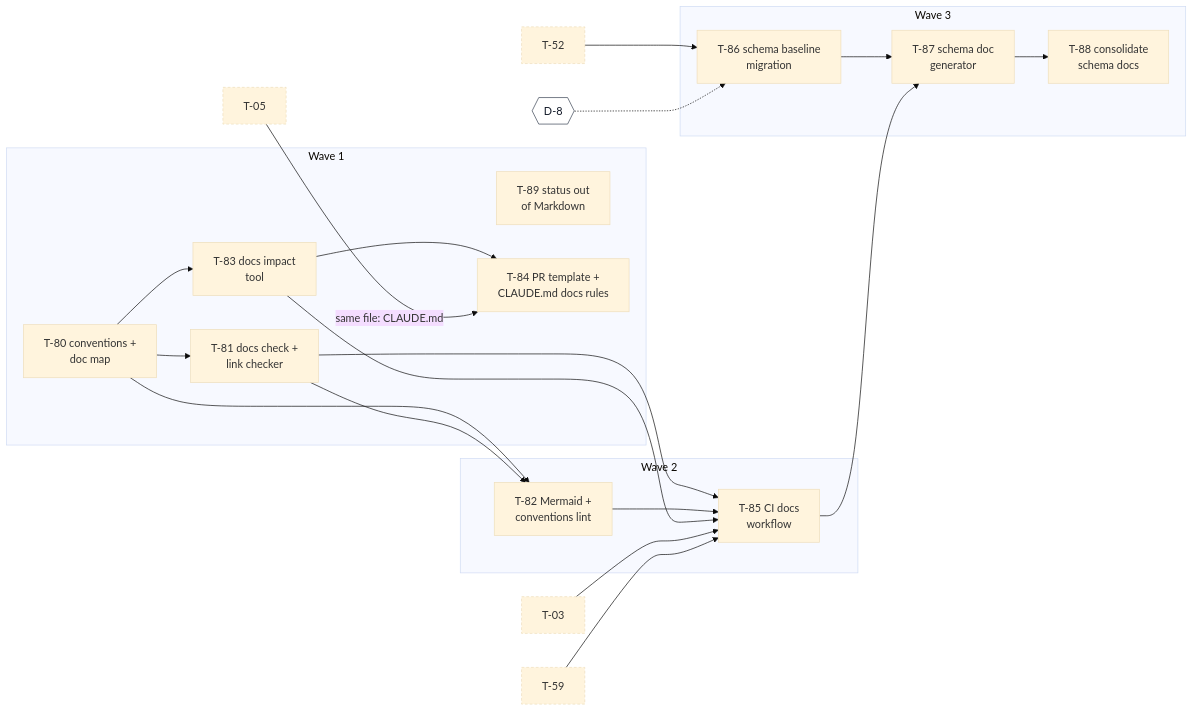
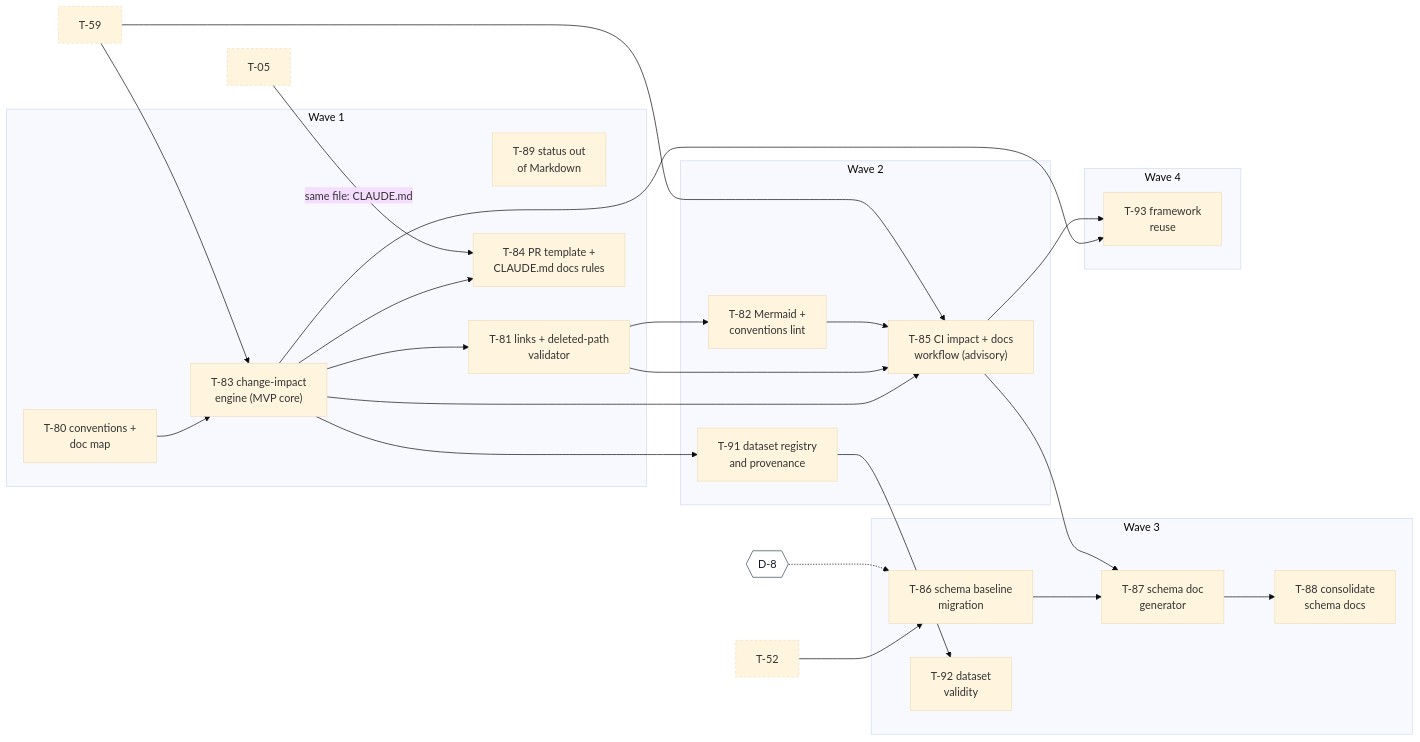
One commit to adrianfarhat/orlando-infrastructure-etl changed the sixth of 7 diagrams in docs/agents/development-status.md. Above: the diagram before and after it, drawn with Mermaid (base theme). The commit also changed other lines of this file and 3 other files, not shown here.

````diff
--- a/docs/agents/development-status.md
+++ b/docs/agents/development-status.md
@@ -213,46 +216,53 @@
 ```mermaid
 flowchart LR
   %% diagram-type: dependency
   T05p["T-05"]
-  T03p["T-03"]
   T52p["T-52"]
   T59p["T-59"]
   D8{{"D-8"}}
   subgraph DS1["Wave 1"]
     T80["T-80 conventions +<br/>doc map"]
     T89["T-89 status out<br/>of Markdown"]
-    T81["T-81 docs check +<br/>link checker"]
-    T83["T-83 docs impact<br/>tool"]
+    T83["T-83 change-impact<br/>engine (MVP core)"]
+    T81["T-81 links + deleted-path<br/>validator"]
     T84["T-84 PR template +<br/>CLAUDE.md docs rules"]
   end
   subgraph DS2["Wave 2"]
     T82["T-82 Mermaid +<br/>conventions lint"]
-    T85["T-85 CI docs<br/>workflow"]
+    T85["T-85 CI impact + docs<br/>workflow (advisory)"]
+    T91["T-91 dataset registry<br/>and provenance"]
   end
   subgraph DS3["Wave 3"]
     T86["T-86 schema baseline<br/>migration"]
     T87["T-87 schema doc<br/>generator"]
     T88["T-88 consolidate<br/>schema docs"]
+    T92["T-92 dataset<br/>validity"]
   end
-  T80 --> T81
+  subgraph DS4["Wave 4"]
+    T93["T-93 framework<br/>reuse"]
+  end
   T80 --> T83
-  T80 --> T82
+  T59p --> T83
+  T83 --> T81
   T81 --> T82
   T83 --> T84
   T05p -->|"same file: CLAUDE.md"| T84
+  T83 --> T85
   T81 --> T85
   T82 --> T85
-  T83 --> T85
-  T03p --> T85
   T59p --> T85
   T52p --> T86
   D8 -.-> T86
   T86 --> T87
   T85 --> T87
   T87 --> T88
+  T83 --> T91
+  T91 --> T92
+  T83 --> T93
+  T85 --> T93
 
   classDef decision fill:#ffffff,stroke:#374151,color:#111827
   classDef otherwave stroke-dasharray:4 3
   class D8 decision
-  class T05p,T03p,T52p,T59p otherwave
+  class T05p,T52p,T59p otherwave
 ```
````
